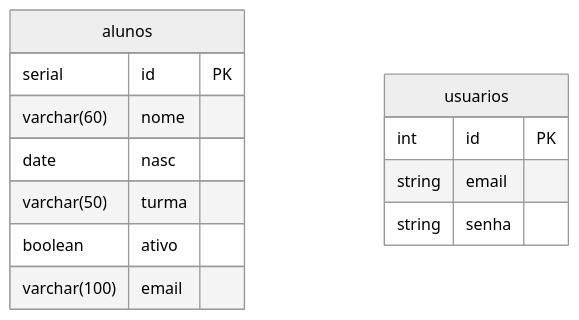
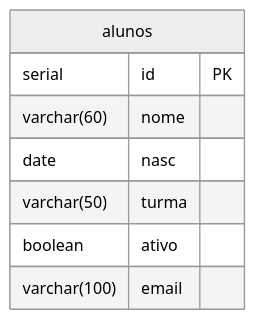
The first of 6 diagrams in diagrama.md (Matheus-Talasso-Gil/Impulso-Cursos), drawn with Mermaid (neutral theme) before and after one commit. The commit also changed other lines of this file and 1 other file, not shown here.

Commit message:
diagrama pronto, e select_w apagado

````diff
--- a/diagrama.md
+++ b/diagrama.md
@@ -66,17 +9,11 @@
 ```mermaid
 erDiagram
     alunos {
         serial id PK
         varchar(60) nome
         date nasc
         varchar(50) turma
         boolean ativo
         varchar(100) email
     }
-
-    usuarios {
-        int id PK
-        string email
-        string senha
-    }
 ```
````
